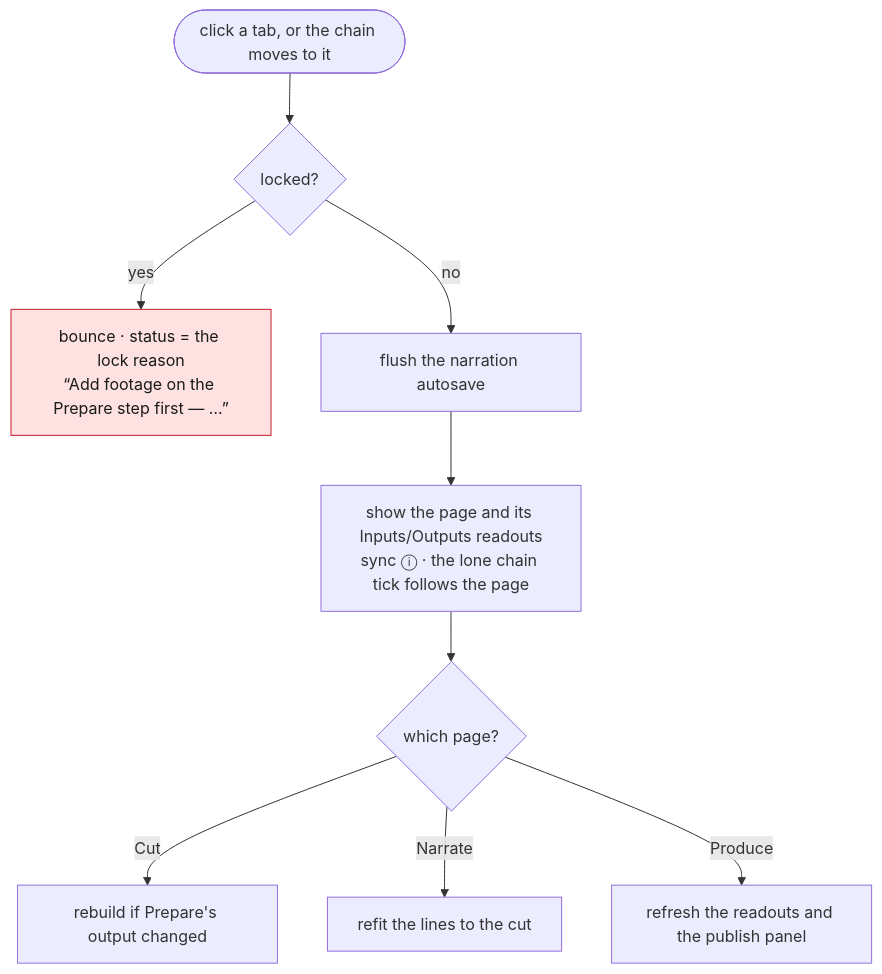
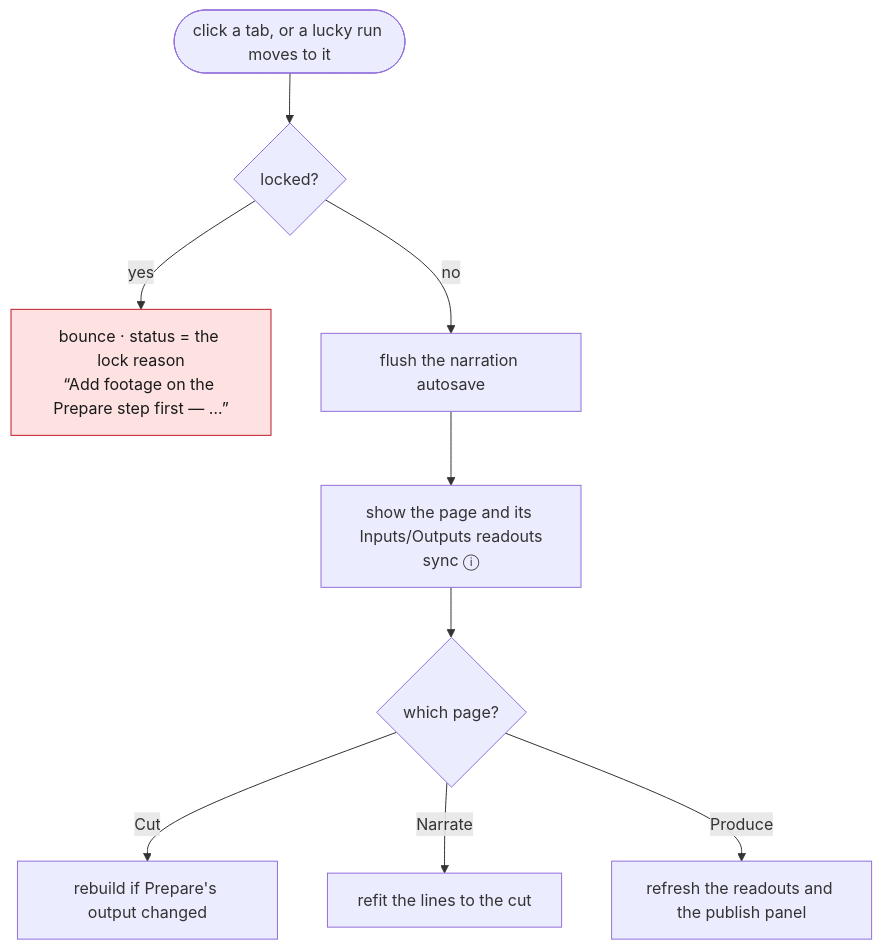
Before and after one commit to tbocek/naivepost: the first of 13 diagrams in spec/03-shell.md, drawn with Mermaid. The commit also changed other lines of this file and 24 other files, not shown here.

````diff
--- a/spec/03-shell.md
+++ b/spec/03-shell.md
@@ -29,13 +29,13 @@
 ```mermaid
 flowchart TD
-  A(["click a tab, or the chain moves to it"]) --> B{"locked?"}
+  A(["click a tab, or a lucky run moves to it"]) --> B{"locked?"}
   B -- yes --> R["bounce · status = the lock reason<br/>“Add footage on the Prepare step first — …”"]:::refuse
   B -- no --> C["flush the narration autosave"]
-  C --> D["show the page and its Inputs/Outputs readouts<br/>sync ⓘ · the lone chain tick follows the page"]
+  C --> D["show the page and its Inputs/Outputs readouts<br/>sync ⓘ"]
   D --> E{"which page?"}
   E -- Cut --> E1["rebuild if Prepare's output changed"]
   E -- Narrate --> E2["refit the lines to the cut"]
   E -- Produce --> E3["refresh the readouts and the publish panel"]
   classDef refuse fill:#fde2e1,stroke:#c01c28,color:#1a1a1a
   classDef done fill:#e3f1e6,stroke:#2e7d32,color:#1a1a1a
 ```
````
